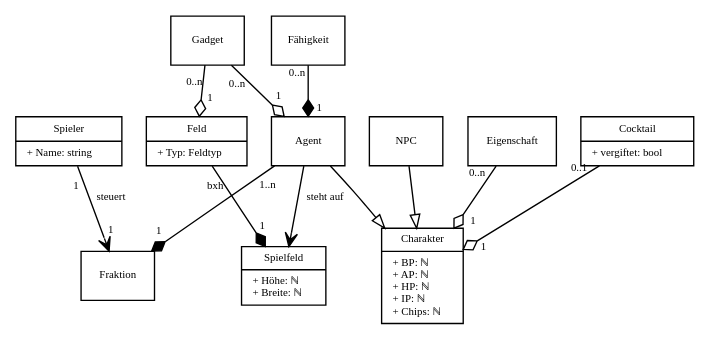
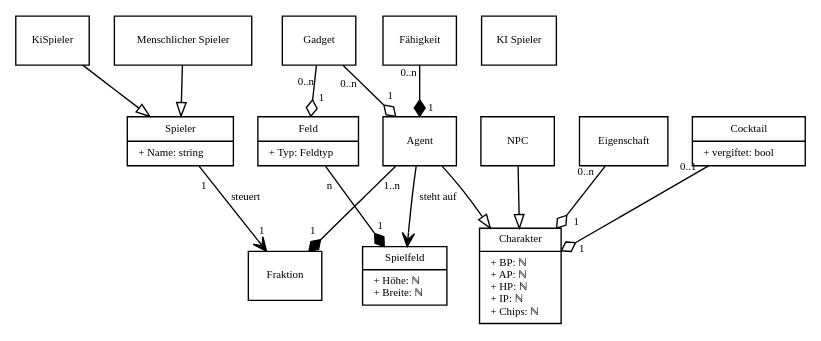
One commit to SoPra-Team-17/Meilensteine changed the diagram in Meilenstein01/diagrams/domainmodel.dot. Above: the diagram before and after it, drawn with Graphviz.

Commit message:
fix domainmodel, add multiple player types

```diff
--- a/Meilenstein01/diagrams/domainmodel.dot
+++ b/Meilenstein01/diagrams/domainmodel.dot
@@ -1,103 +1,111 @@
 digraph G {
     // General Layout
     fontname = "Bitstream Vera Sans"
     fontsize = 8
 
     node [
         fontname = "Bitstream Vera Sans"
         fontsize = 8
         shape = "record"
     ]
 
     edge [
         fontname = "Bitstream Vera Sans"
         fontsize = 8
         arrowhead = "onormal"
         labeldistance = 1.5
     ]
 
     // Classes
     Spieler [
         label = "{Spieler|+ Name: string\l}"
+    ]
+    KISpieler [
+        label = "{KI Spieler}"
+    ]
+    MenschlicherSpieler [
+        label = "{Menschlicher Spieler}"
     ]
     Spielfeld [
         label = "{Spielfeld|+ Höhe: ℕ\l+ Breite: ℕ\l}"
     ]
     Feld [
         label = "{Feld|+ Typ: Feldtyp\l}"
     ]
     Charakter [
         label = "{Charakter|+ BP: ℕ\l+ AP: ℕ\l+ HP: ℕ\l+ IP: ℕ\l+ Chips: ℕ\l}"
     ]
     Agent
     NPC
     Gadget
     Fähigkeit
     Fraktion
     Eigenschaft
     Cocktail [
         label = "{Cocktail|+ vergiftet: bool\l}"
     ]
 
     // Inheritance
     Agent -> Charakter
     NPC -> Charakter
+    KiSpieler -> Spieler
+    MenschlicherSpieler -> Spieler
 
     // Aggregations
     edge [
         arrowhead = "odiamond"
     ]
     Gadget -> Agent [
         taillabel = "0..n"
         headlabel = "1"
 	labeldistance=1.5
 	labelangle=-30
     ]
     Gadget -> Feld [
         taillabel = "0..n"
         headlabel = "1"
     ]
     Eigenschaft -> Charakter [
         taillabel = "0..n"
         headlabel = "1"
 	labelangle=-35
     ]
     Cocktail -> Charakter [
         taillabel = "0..1"
         headlabel = "1"
     ]
 
     // Compositions
     edge [
         arrowhead = "diamond"
     ]
     Feld -> Spielfeld [
         headlabel = "1"
-        taillabel = "bxh"
+        taillabel = "n"
     ]
     Agent -> Fraktion [
         taillabel = "1..n"
         headlabel = "1"
 	labelangle=35
     ]
     Fähigkeit -> Agent [
         taillabel = "0..n"
         headlabel = "1"
 	labeldistance=1
 	labelangle=-55
     ]
 
     // Normal Arrows
     edge [
         arrowhead = "vee"
     ]
     Agent -> Spielfeld [
         label = "steht auf"
     ]
 
     Spieler -> Fraktion [
         label = "steuert"
         taillabel = "1"
         headlabel = "1"
     ]
 }
```
